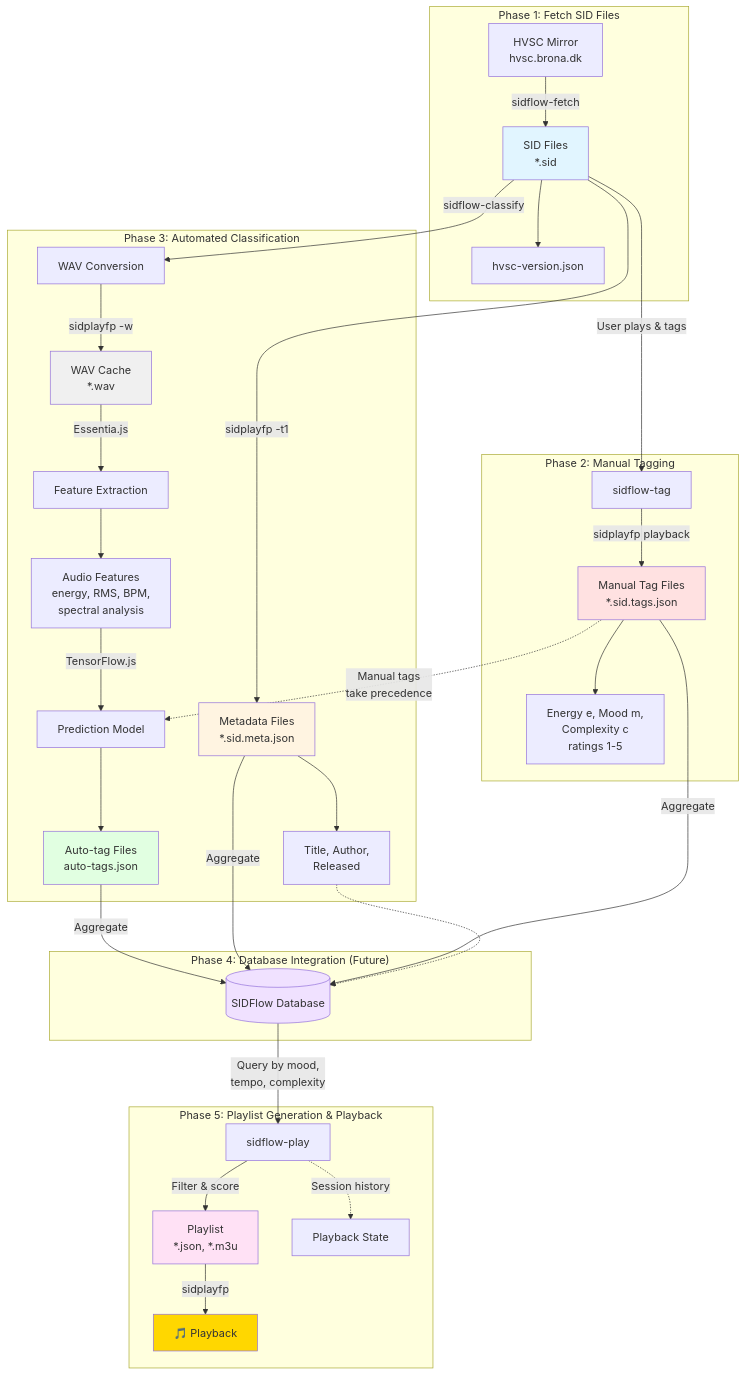
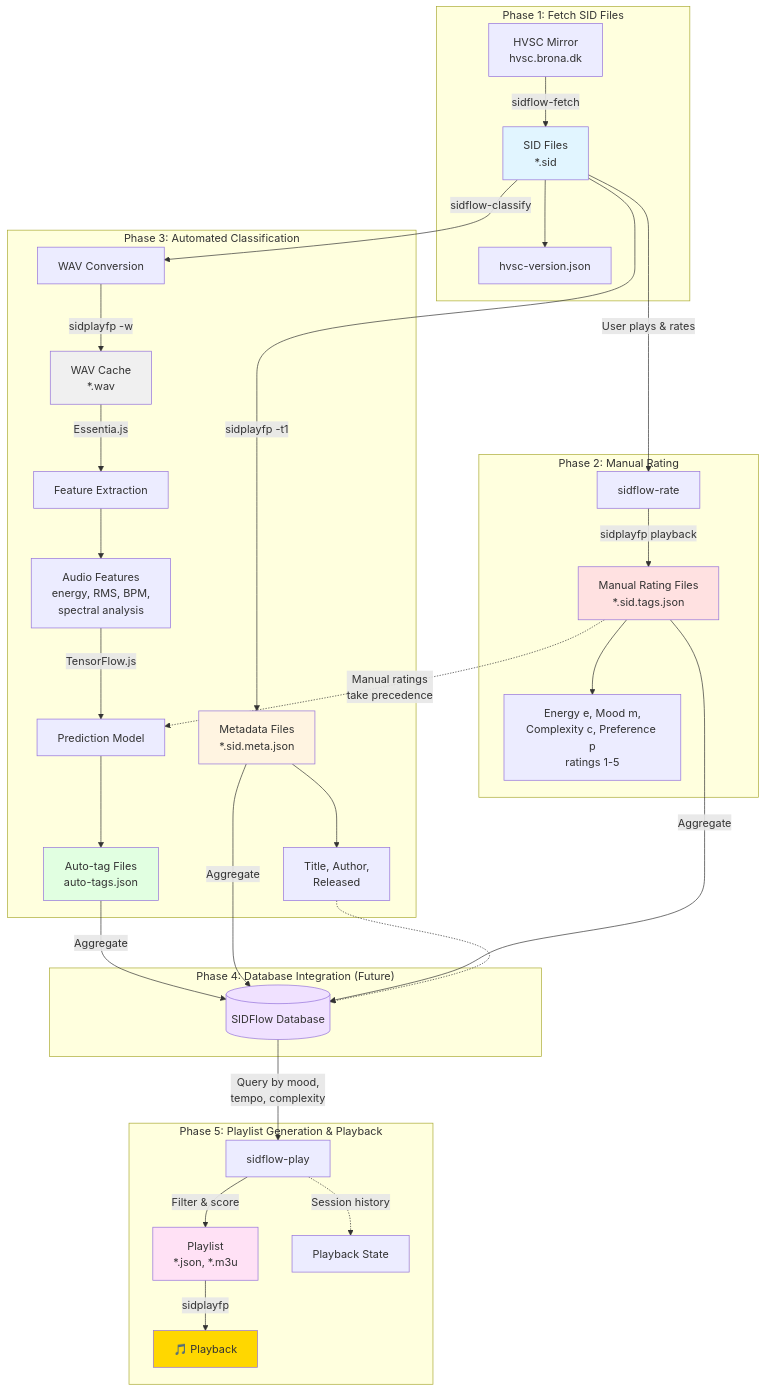
Before and after one commit to chrisgleissner/sidflow: the diagram in README.md, drawn with Mermaid. The commit also changed other lines of this file and 1 other file, not shown here.

First line of the commit message:
Rename tags→ratings, add preference dimension, update tools and workflow

````diff
--- a/README.md
+++ b/README.md
@@ -51,48 +51,48 @@
 ```mermaid
 graph TB
     subgraph "Phase 1: Fetch SID Files"
         A[HVSC Mirror<br/>hvsc.brona.dk] -->|sidflow-fetch| B[SID Files<br/>*.sid]
         B --> C[hvsc-version.json]
     end
     
-    subgraph "Phase 2: Manual Tagging"
-        B -->|User plays & tags| D[sidflow-tag]
-        D -->|sidplayfp playback| E[Manual Tag Files<br/>*.sid.tags.json]
-        E --> F[Energy e, Mood m,<br/>Complexity c<br/>ratings 1-5]
+    subgraph "Phase 2: Manual Rating"
+        B -->|User plays & rates| D[sidflow-rate]
+        D -->|sidplayfp playback| E[Manual Rating Files<br/>*.sid.tags.json]
+        E --> F[Energy e, Mood m,<br/>Complexity c, Preference p<br/>ratings 1-5]
     end
     
     subgraph "Phase 3: Automated Classification"
         B -->|sidflow-classify| G[WAV Conversion]
         G -->|sidplayfp -w| H[WAV Cache<br/>*.wav]
         H -->|Essentia.js| I[Feature Extraction]
         I --> J[Audio Features<br/>energy, RMS, BPM,<br/>spectral analysis]
         J -->|TensorFlow.js| K[Prediction Model]
-        E -.->|Manual tags<br/>take precedence| K
+        E -.->|Manual ratings<br/>take precedence| K
         K --> L[Auto-tag Files<br/>auto-tags.json]
         B -->|sidplayfp -t1| M[Metadata Files<br/>*.sid.meta.json]
         M --> N[Title, Author,<br/>Released]
     end
     
     subgraph "Phase 4: Database Integration (Future)"
         L -->|Aggregate| O[(SIDFlow Database)]
         M -->|Aggregate| O
         E -->|Aggregate| O
         N -.-> O
     end
     
     subgraph "Phase 5: Playlist Generation & Playback"
         O -->|Query by mood,<br/>tempo, complexity| P[sidflow-play]
         P -->|Filter & score| Q[Playlist<br/>*.json, *.m3u]
         Q -->|sidplayfp| R[🎵 Playback]
         P -.->|Session history| S[Playback State]
     end
     
     style B fill:#e1f5ff
     style E fill:#ffe1e1
     style H fill:#f0f0f0
     style L fill:#e1ffe1
     style M fill:#fff4e1
     style O fill:#f0e1ff
     style Q fill:#ffe1f5
     style R fill:#ffd700
 ```
````
